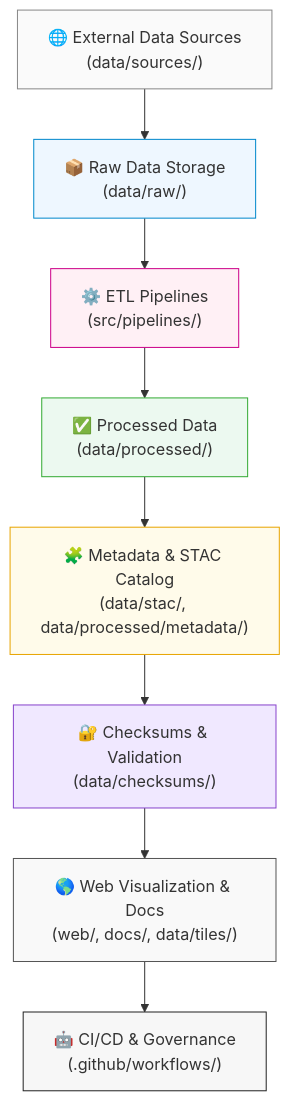
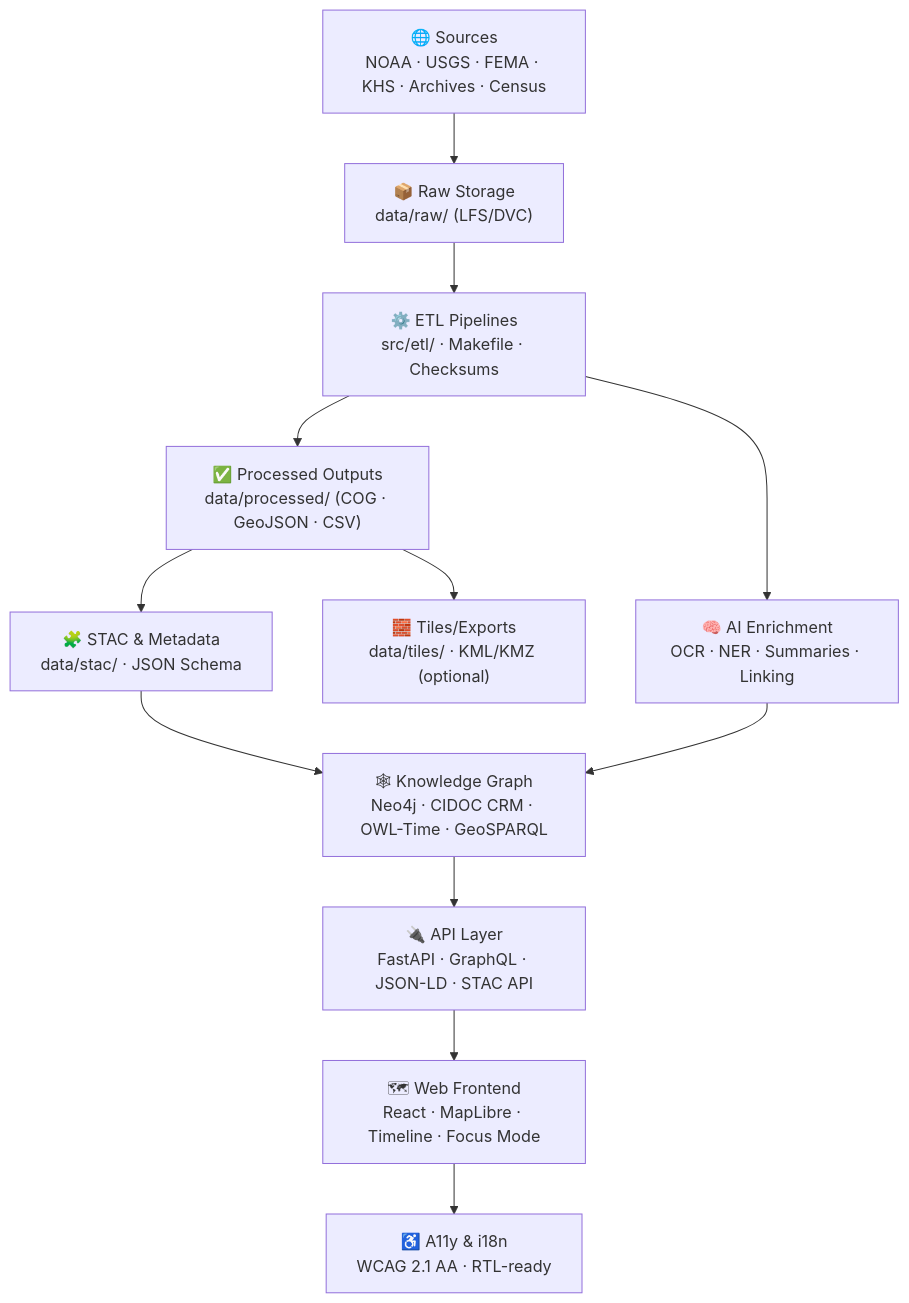
One commit to bartytime4life/Kansas-Frontier-Matrix changed the diagram in docs/architecture/architecture.md. Above: the diagram before and after it, drawn with Mermaid. The commit also changed other lines of this file, not shown here.

`````diff
--- a/docs/architecture/architecture.md
+++ b/docs/architecture/architecture.md
@@ -41,19 +71,14 @@
 ```mermaid
 flowchart TD
-  A["🌐 External Data Sources\n(data/sources/)"] --> B["📦 Raw Data Storage\n(data/raw/)"]
-  B --> C["⚙️ ETL Pipelines\n(src/pipelines/)"]
-  C --> D["✅ Processed Data\n(data/processed/)"]
-  D --> E["🧩 Metadata & STAC Catalog\n(data/stac/, data/processed/metadata/)"]
-  E --> F["🔐 Checksums & Validation\n(data/checksums/)"]
-  F --> G["🌎 Web Visualization & Docs\n(web/, docs/, data/tiles/)"]
-  G --> H["🤖 CI/CD & Governance\n(.github/workflows/)"]
-
-  style A fill:#fafafa,stroke:#888
-  style B fill:#eef7ff,stroke:#0088cc
-  style C fill:#fff0f5,stroke:#cc0088
-  style D fill:#ecf9f0,stroke:#33aa33
-  style E fill:#fffbea,stroke:#e8a500
-  style F fill:#f0e8ff,stroke:#8844cc
-  style G fill:#f9f9f9,stroke:#555
-  style H fill:#f7f7f7,stroke:#222
-````
+  A["🌐 Sources<br/>NOAA · USGS · FEMA · KHS · Archives · Census"] --> B["📦 Raw Storage<br/>data/raw/ (LFS/DVC)"]
+  B --> C["⚙️ ETL Pipelines<br/>src/etl/ · Makefile · Checksums"]
+  C --> D["✅ Processed Outputs<br/>data/processed/ (COG · GeoJSON · CSV)"]
+  D --> E["🧩 STAC & Metadata<br/>data/stac/ · JSON Schema"]
+  C --> I["🧠 AI Enrichment<br/>OCR · NER · Summaries · Linking"]
+  E --> H["🕸 Knowledge Graph<br/>Neo4j · CIDOC CRM · OWL-Time · GeoSPARQL"]
+  I --> H
+  H --> J["🔌 API Layer<br/>FastAPI · GraphQL · JSON-LD · STAC API"]
+  J --> F["🗺 Web Frontend<br/>React · MapLibre · Timeline · Focus Mode"]
+  F --> G["♿ A11y & i18n<br/>WCAG 2.1 AA · RTL-ready"]
+  D --> K["🧱 Tiles/Exports<br/>data/tiles/ · KML/KMZ (optional)"]
+```
`````
